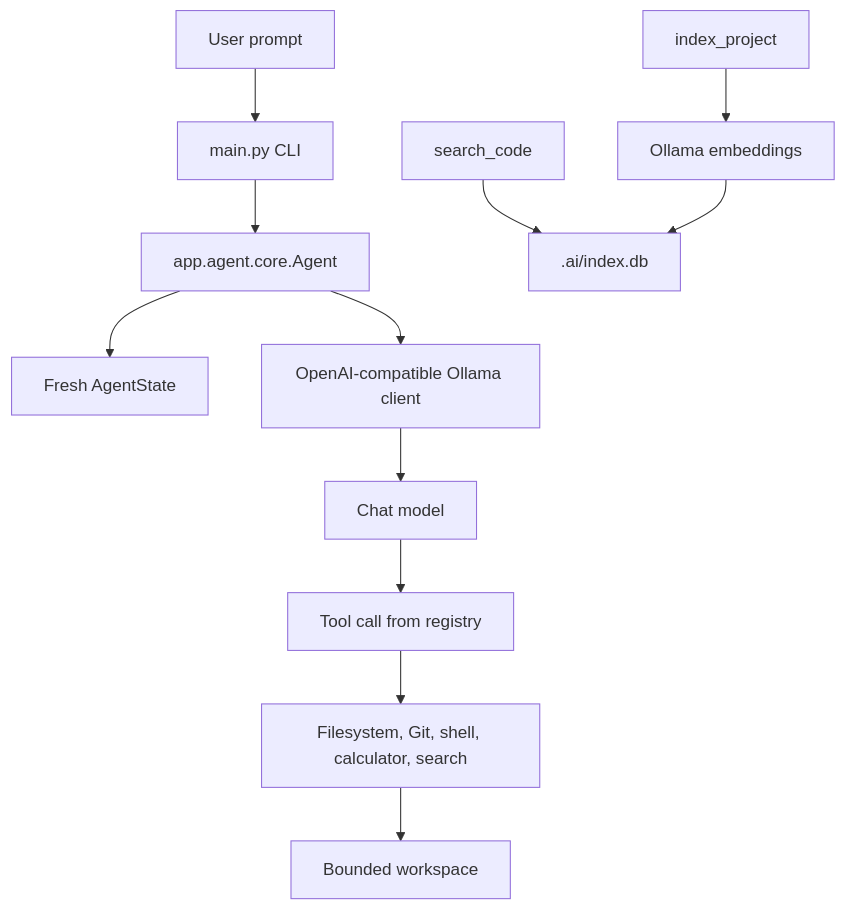
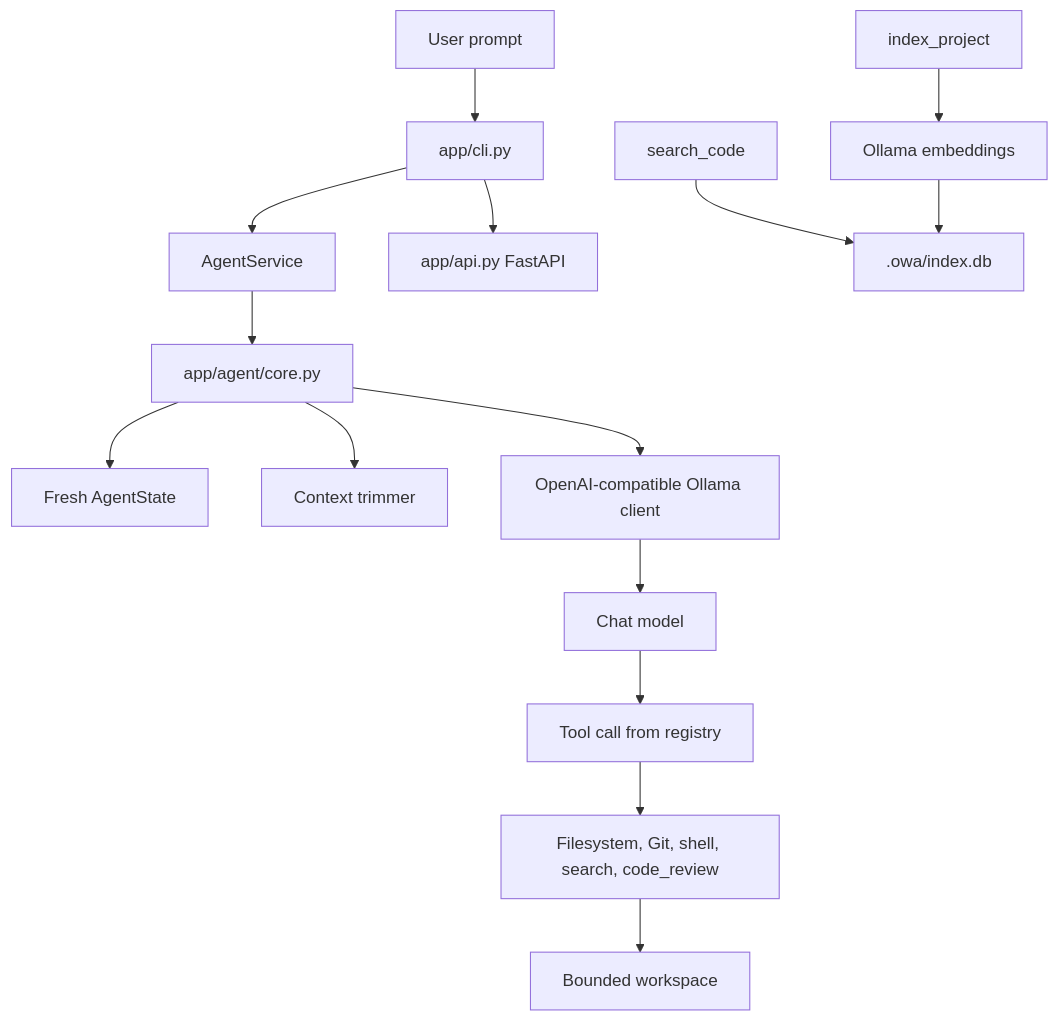
Before and after one commit to ZakaCoding/ollama-workspace-agent: the diagram in wiki/Architecture.md, drawn with Mermaid. The commit also changed other lines of this file and 6 other files, not shown here.

````diff
--- a/wiki/Architecture.md
+++ b/wiki/Architecture.md
@@ -5,14 +5,17 @@
 ```mermaid
 flowchart TD
-    User[User prompt] --> Main[main.py CLI]
-    Main --> Agent[app.agent.core.Agent]
+    User[User prompt] --> CLI[app/cli.py]
+    CLI --> Service[AgentService]
+    Service --> Agent[app/agent/core.py]
     Agent --> State[Fresh AgentState]
+    Agent --> Trim[Context trimmer]
     Agent --> LLM[OpenAI-compatible Ollama client]
     LLM --> Model[Chat model]
     Model --> Registry[Tool call from registry]
-    Registry --> Tools[Filesystem, Git, shell, calculator, search]
+    Registry --> Tools[Filesystem, Git, shell, search, code_review]
     Tools --> Workspace[Bounded workspace]
-    Search[search_code] --> SQLite[.ai/index.db]
+    Search[search_code] --> SQLite[.owa/index.db]
     Indexer[index_project] --> Embed[Ollama embeddings]
     Embed --> SQLite
+    CLI --> API[app/api.py FastAPI]
 ```
````
